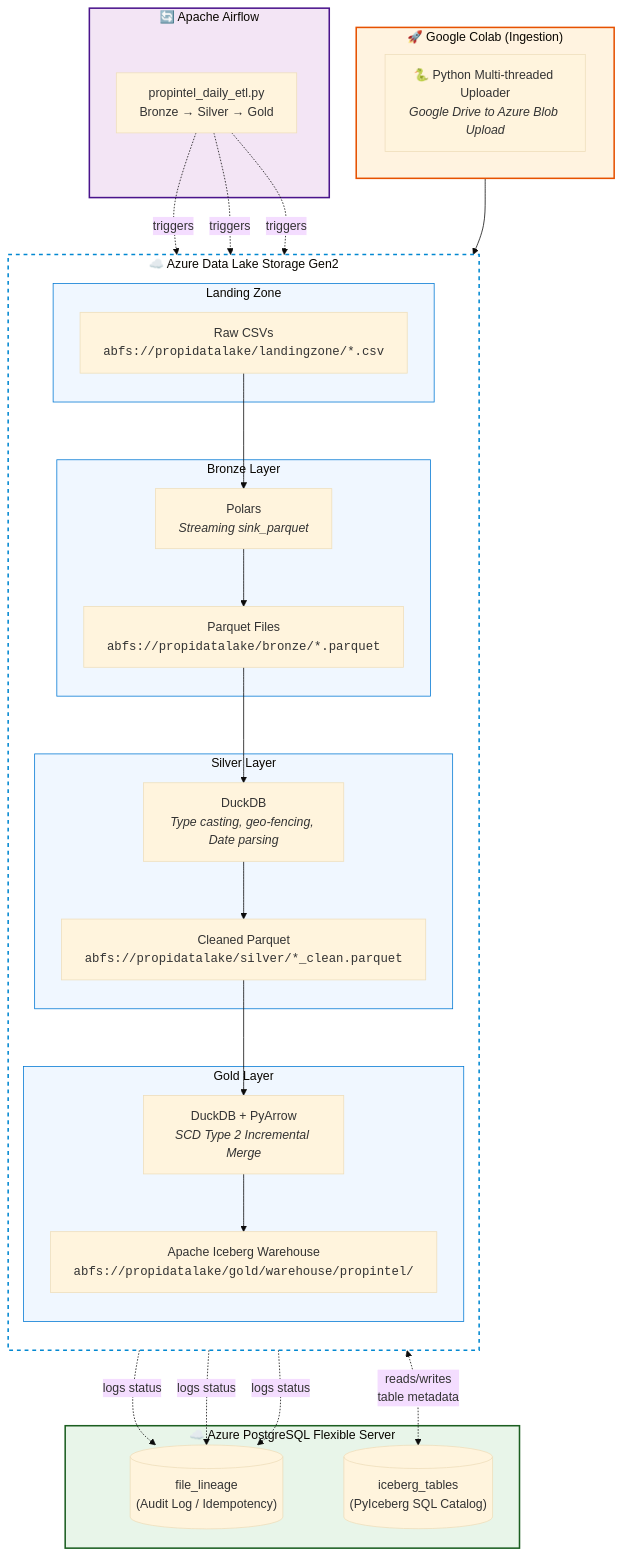
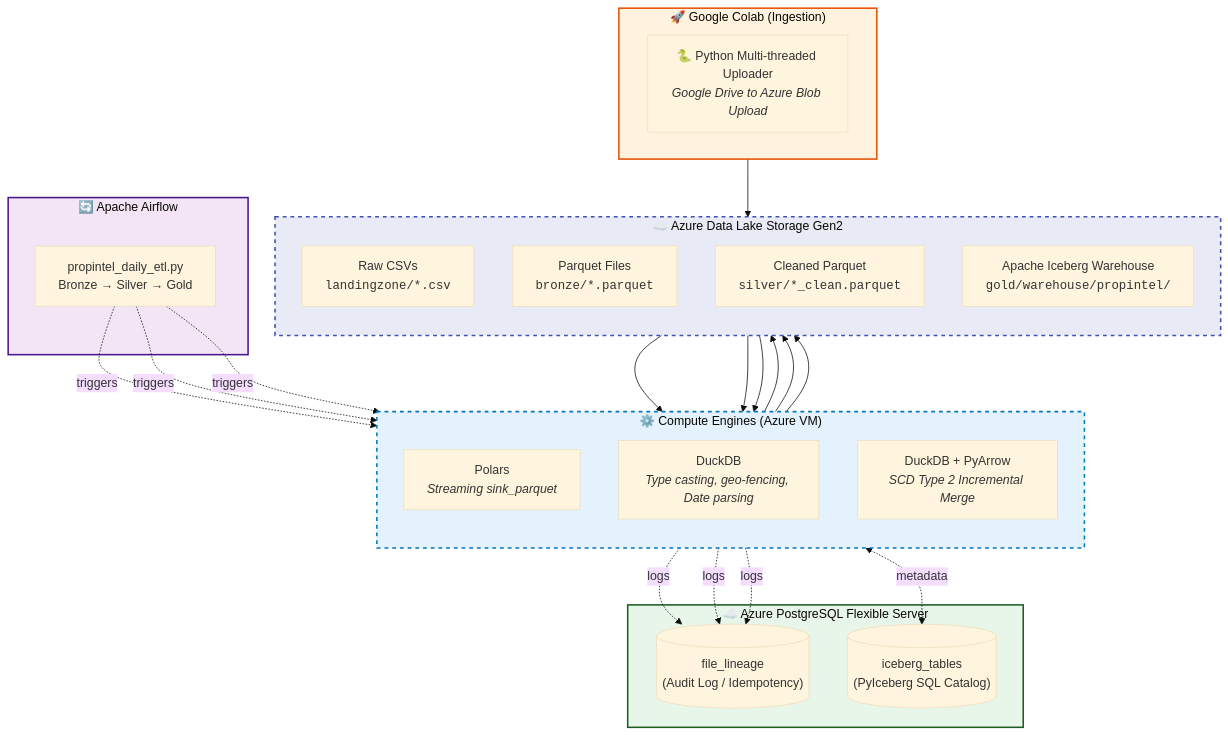
The diagram in README.md (ali786-hub/Property-Intelligence-Platform), drawn with Mermaid (base theme) before and after one commit. The commit also changed other lines of this file, not shown here.

````diff
--- a/README.md
+++ b/README.md
@@ -23,69 +22,60 @@
 ```mermaid
 flowchart TB
     subgraph source ["🚀 Google Colab (Ingestion)"]
-        direction LR
         COLAB["🐍 Python Multi-threaded Uploader<br/><i>Google Drive to Azure Blob Upload</i>"]
     end
 
     subgraph airflow ["🔄 Apache Airflow"]
         DAG["propintel_daily_etl.py<br/>Bronze → Silver → Gold"]
     end
 
+    subgraph compute ["⚙️ Compute Engines (Azure VM)"]
+        direction TB
+        B_ENGINE["Polars<br/><i>Streaming sink_parquet</i>"]
+        S_ENGINE["DuckDB<br/><i>Type casting, geo-fencing, Date parsing</i>"]
+        G_ENGINE["DuckDB + PyArrow<br/><i>SCD Type 2 Incremental Merge</i>"]
+    end
+
     subgraph cloud_storage ["☁️ Azure Data Lake Storage Gen2"]
         direction TB
-
-        subgraph landing ["Landing Zone"]
-            B_IN["Raw CSVs<br/><code>abfs://propidatalake/landingzone/*.csv</code>"]
-        end
-
-        subgraph bronze ["Bronze Layer"]
-            B_ENGINE["Polars<br/><i>Streaming sink_parquet</i>"]
-            B_OUT["Parquet Files<br/><code>abfs://propidatalake/bronze/*.parquet</code>"]
-            B_IN --> B_ENGINE --> B_OUT
-        end
-
-        subgraph silver ["Silver Layer"]
-            S_ENGINE["DuckDB<br/><i>Type casting, geo-fencing, Date parsing</i>"]
-            S_OUT["Cleaned Parquet<br/><code>abfs://propidatalake/silver/*_clean.parquet</code>"]
-            B_OUT --> S_ENGINE --> S_OUT
-        end
-
-        subgraph gold ["Gold Layer"]
-            G_ENGINE["DuckDB + PyArrow<br/><i>SCD Type 2 Incremental Merge</i>"]
-            G_OUT["Apache Iceberg Warehouse<br/><code>abfs://propidatalake/gold/warehouse/propintel/</code>"]
-            S_OUT --> G_ENGINE --> G_OUT
-        end
+        B_IN["Raw CSVs<br/><code>landingzone/*.csv</code>"]
+        B_OUT["Parquet Files<br/><code>bronze/*.parquet</code>"]
+        S_OUT["Cleaned Parquet<br/><code>silver/*_clean.parquet</code>"]
+        G_OUT["Apache Iceberg Warehouse<br/><code>gold/warehouse/propintel/</code>"]
     end
 
     subgraph cloud_db ["☁️ Azure PostgreSQL Flexible Server"]
         LINEAGE[("file_lineage<br/>(Audit Log / Idempotency)")]
         CATALOG[("iceberg_tables<br/>(PyIceberg SQL Catalog)")]
     end
 
     source --> B_IN
-    
-    %% Airflow triggers mapping directly to the compute engines
+
+    %% Airflow triggers Compute
     DAG -. "triggers" .-> B_ENGINE
     DAG -. "triggers" .-> S_ENGINE
     DAG -. "triggers" .-> G_ENGINE
 
-    %% Logging interactions mapping perfectly to the DB
-    B_ENGINE -. "logs status" .-> LINEAGE
-    S_ENGINE -. "logs status" .-> LINEAGE
-    G_ENGINE -. "logs status" .-> LINEAGE
-    G_ENGINE <-. "reads/writes<br/>table metadata" .-> CATALOG
+    %% Data Flow (Storage <--> Compute)
+    B_IN --> B_ENGINE
+    B_ENGINE --> B_OUT
 
-    %% Styling Subgraphs for Visual Separation and Cohesion
+    B_OUT --> S_ENGINE
+    S_ENGINE --> S_OUT
+
+    S_OUT --> G_ENGINE
+    G_ENGINE --> G_OUT
+
+    %% State Management & Logging
+    B_ENGINE -. "logs" .-> LINEAGE
+    S_ENGINE -. "logs" .-> LINEAGE
+    G_ENGINE -. "logs" .-> LINEAGE
+    G_ENGINE <-. "metadata" .-> CATALOG
+
+    %% Styling for Visual Cohesion
     style source fill:#fff3e0,stroke:#e65100,stroke-width:2px
     style airflow fill:#f3e5f5,stroke:#4a148c,stroke-width:2px
+    style compute fill:#e3f2fd,stroke:#0277bd,stroke-width:2px,stroke-dasharray: 5 5
+    style cloud_storage fill:#e8eaf6,stroke:#3f51b5,stroke-width:2px,stroke-dasharray: 5 5
     style cloud_db fill:#e8f5e9,stroke:#1b5e20,stroke-width:2px
-    
-    %% Big dotted line boundary for the Data Lake container
-    style cloud_storage fill:none,stroke:#0288d1,stroke-width:2px,stroke-dasharray: 5 5
-    
-    %% Individual Data Lake containers
-    style landing fill:#f0f7ff,stroke:#0078d4,stroke-width:1px
-    style bronze fill:#f0f7ff,stroke:#0078d4,stroke-width:1px
-    style silver fill:#f0f7ff,stroke:#0078d4,stroke-width:1px
-    style gold fill:#f0f7ff,stroke:#0078d4,stroke-width:1px
 ```
````
